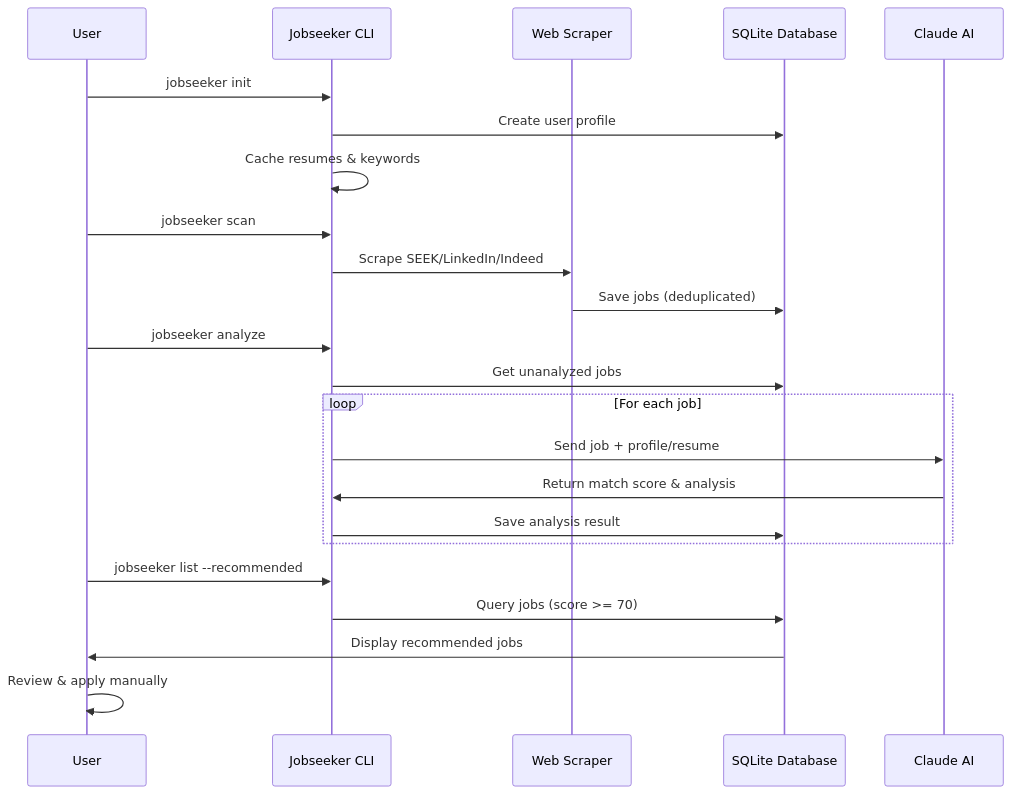
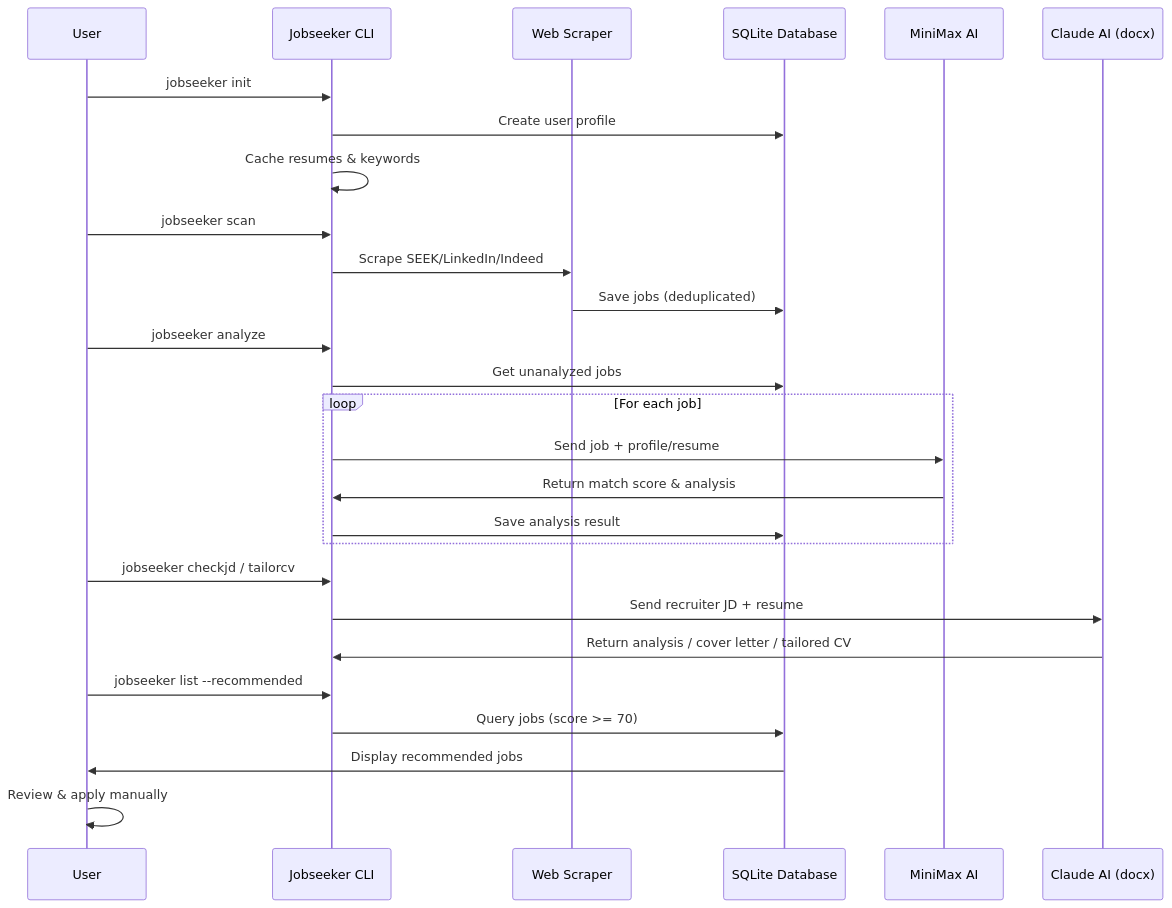
Before and after one commit to guidebee/jobseeker: the second of 3 diagrams in README.md, drawn with Mermaid. The commit also changed other lines of this file, not shown here.

First line of the commit message:
docs: update README to reflect MiniMax for bulk analysis, Claude for docx processing

````diff
--- a/README.md
+++ b/README.md
@@ -108,30 +112,35 @@
 ```mermaid
 sequenceDiagram
     participant User
     participant CLI as Jobseeker CLI
     participant Scraper as Web Scraper
     participant DB as SQLite Database
-    participant Claude as Claude AI
+    participant MiniMax as MiniMax AI
+    participant Claude as Claude AI (docx)
 
     User->>CLI: jobseeker init
     CLI->>DB: Create user profile
     CLI->>CLI: Cache resumes & keywords
 
     User->>CLI: jobseeker scan
     CLI->>Scraper: Scrape SEEK/LinkedIn/Indeed
     Scraper->>DB: Save jobs (deduplicated)
 
     User->>CLI: jobseeker analyze
     CLI->>DB: Get unanalyzed jobs
     loop For each job
-        CLI->>Claude: Send job + profile/resume
-        Claude->>CLI: Return match score & analysis
+        CLI->>MiniMax: Send job + profile/resume
+        MiniMax->>CLI: Return match score & analysis
         CLI->>DB: Save analysis result
     end
+
+    User->>CLI: jobseeker checkjd / tailorcv
+    CLI->>Claude: Send recruiter JD + resume
+    Claude->>CLI: Return analysis / cover letter / tailored CV
 
     User->>CLI: jobseeker list --recommended
     CLI->>DB: Query jobs (score >= 70)
     DB->>User: Display recommended jobs
 
     User->>User: Review & apply manually
 ```
````
